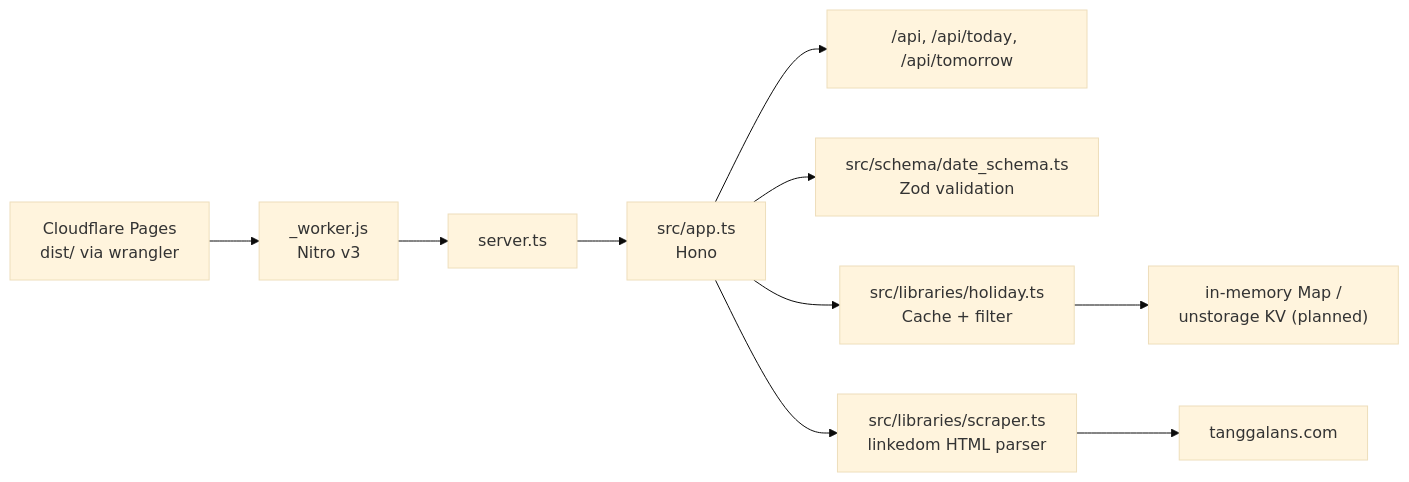
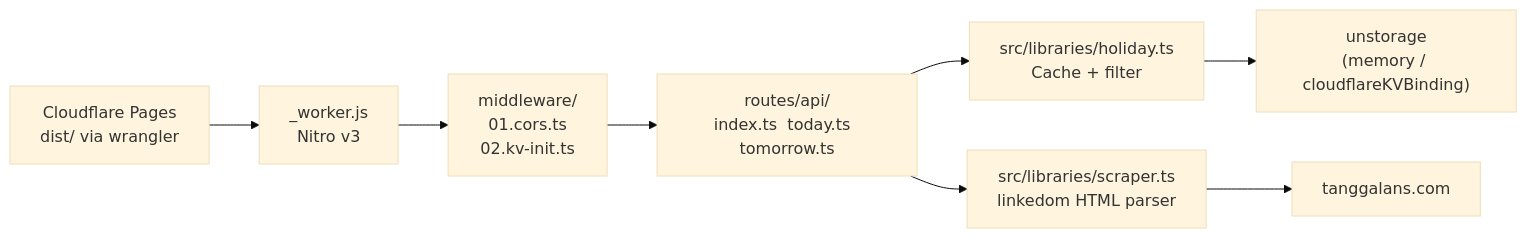
One commit to ai-hana-ai/api-hari-libur changed the first of 2 diagrams in AGENTS.md. Above: the diagram before and after it, drawn with Mermaid (base theme). The commit also changed other lines of this file and 21 other files, not shown here.

First line of the commit message:
feat: migrasi Hono→Nitro v3 native + cleanup

````diff
--- a/AGENTS.md
+++ b/AGENTS.md
@@ -5,12 +5,10 @@
 ```mermaid
 flowchart LR
   CF[Cloudflare Pages<br/>dist/ via wrangler] --> Nitro["_worker.js<br/>Nitro v3"]
-  Nitro --> ST[server.ts]
-  ST --> Hono["src/app.ts<br/>Hono"]
-  Hono --> API["/api, /api/today, /api/tomorrow"]
-  Hono --> Schema["src/schema/date_schema.ts<br/>Zod validation"]
-  Hono --> Holiday["src/libraries/holiday.ts<br/>Cache + filter"]
-  Holiday --> Cache["in-memory Map /<br/>unstorage KV (planned)"]
-  Hono --> Scraper["src/libraries/scraper.ts<br/>linkedom HTML parser"]
+  Nitro --> Middleware["middleware/<br/>01.cors.ts<br/>02.kv-init.ts"]
+  Middleware --> Routes["routes/api/<br/>index.ts  today.ts  tomorrow.ts"]
+  Routes --> Holiday["src/libraries/holiday.ts<br/>Cache + filter"]
+  Holiday --> Cache["unstorage<br/>(memory / cloudflareKVBinding)"]
+  Routes --> Scraper["src/libraries/scraper.ts<br/>linkedom HTML parser"]
   Scraper --> Tanggalan["tanggalans.com"]
 ```
````
